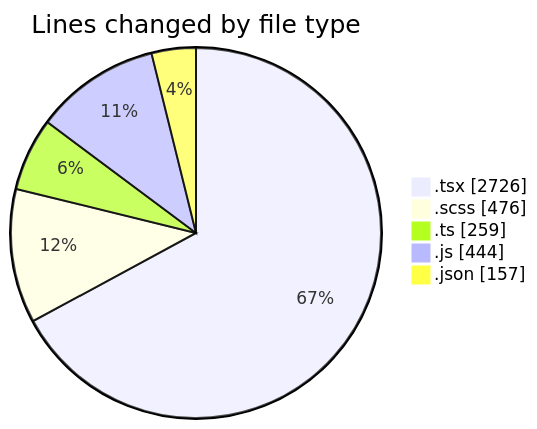
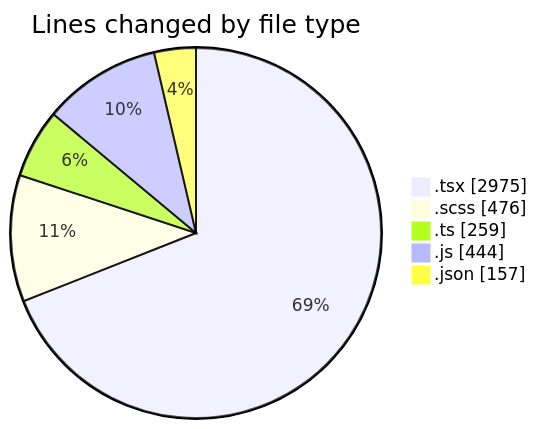
Before and after one commit to momahboobian/code-tracking: the first of 2 diagrams in 2026-04-23/cda/README.md, drawn with Mermaid. The commit also changed other lines of this file and 1 other file, not shown here.

````diff
--- a/2026-04-23/cda/README.md
+++ b/2026-04-23/cda/README.md
@@ -39,9 +39,9 @@
 ```mermaid
 pie showData
 title Lines changed by file type
-".tsx" : 2726
+".tsx" : 2975
 ".scss" : 476
 ".ts" : 259
 ".js" : 444
 ".json" : 157
 ```
````
